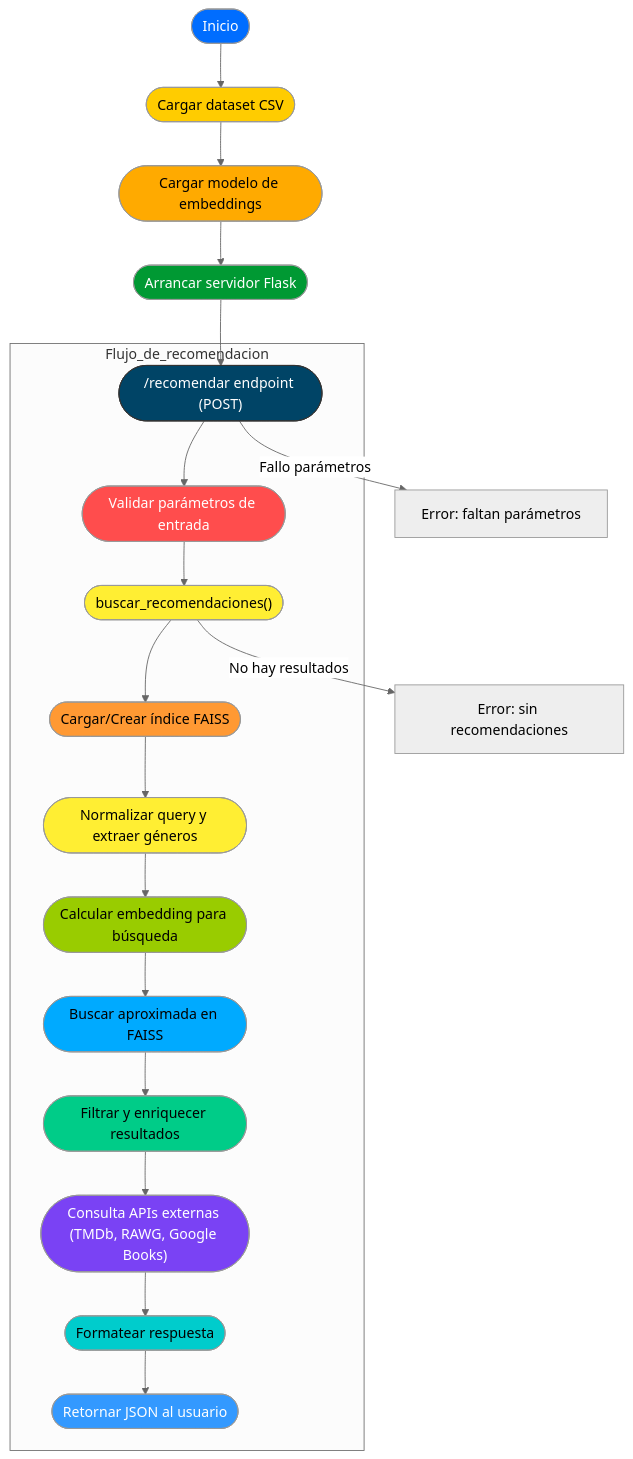
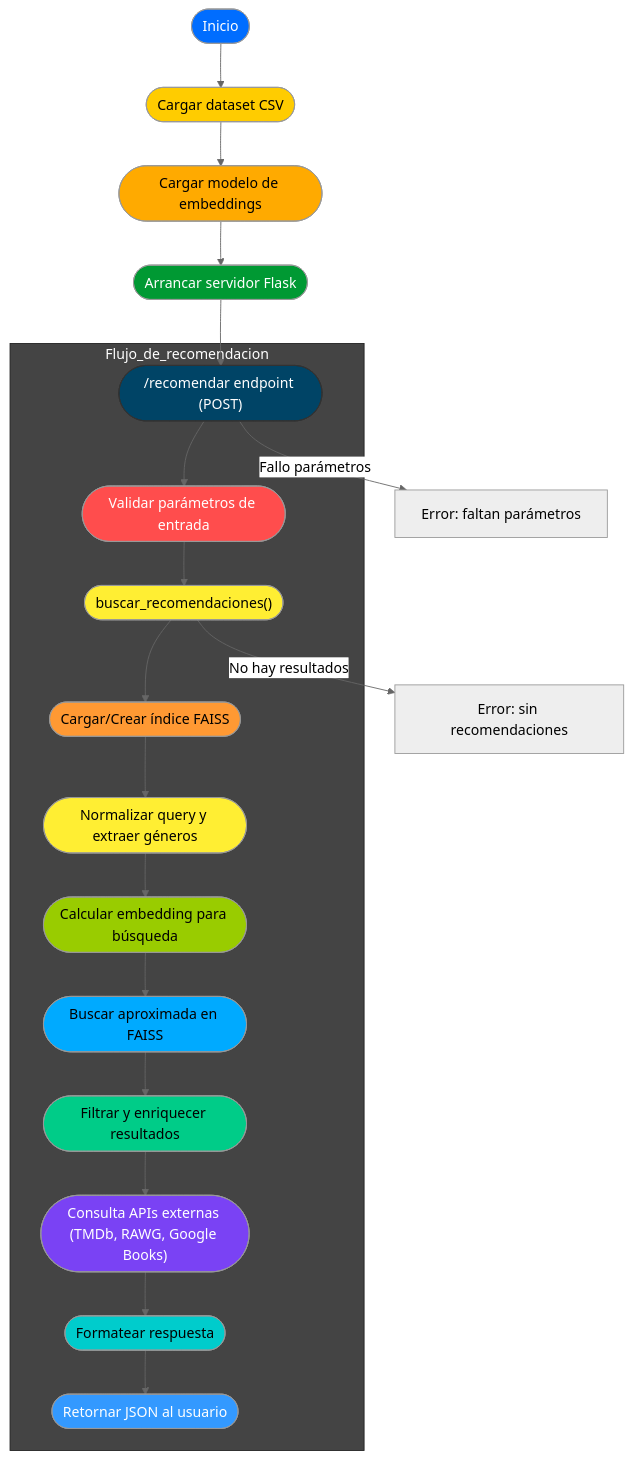
Before and after one commit to GerardoBlazquez/Sistema-de-Recomendaciones-Cruzadas: the diagram in README.md, drawn with Mermaid (neutral theme).

````diff
--- a/README.md
+++ b/README.md
@@ -45,47 +45,50 @@
 ```mermaid
 flowchart TD
     INICIO([Inicio])
     LOAD_DATASET(["Cargar dataset CSV"])
     LOAD_MODEL(["Cargar modelo de embeddings"])
     START_FLASK(["Arrancar servidor Flask"])
     RECOMENDAR_ENDPOINT(["/recomendar endpoint (POST)"])
 
     INICIO --> LOAD_DATASET
     LOAD_DATASET --> LOAD_MODEL
     LOAD_MODEL --> START_FLASK
     START_FLASK --> RECOMENDAR_ENDPOINT
 
     subgraph Flujo_de_recomendacion
         RECOMENDAR_ENDPOINT --> VALIDA_PARAMS(["Validar parámetros de entrada"])
         VALIDA_PARAMS --> BUSCA_RECOMENDACIONES(["buscar_recomendaciones()"])
         BUSCA_RECOMENDACIONES --> DATOS_INDEX(["Cargar/Crear índice FAISS"])
         DATOS_INDEX --> NORMALIZA_QUERY(["Normalizar query y extraer géneros"])
         NORMALIZA_QUERY --> CALC_EMBEDDING(["Calcular embedding para búsqueda"])
         CALC_EMBEDDING --> FAISS_SEARCH(["Buscar aproximada en FAISS"])
         FAISS_SEARCH --> FILTRA_RESULTADOS(["Filtrar y enriquecer resultados"])
         FILTRA_RESULTADOS --> EXTERNAL_API(["Consulta APIs externas (TMDb, RAWG, Google Books)"])
         EXTERNAL_API --> FORMATEA_RESPONSE(["Formatear respuesta"])
         FORMATEA_RESPONSE --> RETURN_JSON(["Retornar JSON al usuario"])
     end
 
     RECOMENDAR_ENDPOINT -->|Fallo parámetros| ERROR_PARAMS["Error: faltan parámetros"]
     BUSCA_RECOMENDACIONES -->|No hay resultados| ERROR_NO_RESULTS["Error: sin recomendaciones"]
 
     %% Estilos con más contraste
     style INICIO fill:#006dff,color:#ffffff
     style LOAD_DATASET fill:#ffcc00,color:#000000
     style LOAD_MODEL fill:#ffaa00,color:#000000
     style START_FLASK fill:#009933,color:#ffffff
     style RECOMENDAR_ENDPOINT fill:#004466,stroke:#333,color:#ffffff
 
     style VALIDA_PARAMS fill:#ff4d4d,color:#ffffff
     style BUSCA_RECOMENDACIONES fill:#ffee33,color:#000000
     style DATOS_INDEX fill:#ff9933,color:#000000
     style NORMALIZA_QUERY fill:#ffee33,color:#000000
     style CALC_EMBEDDING fill:#99cc00,color:#000000
     style FAISS_SEARCH fill:#00aaff,color:#000000
     style FILTRA_RESULTADOS fill:#00cc88,color:#000000
     style EXTERNAL_API fill:#7a42f4,color:#ffffff
     style FORMATEA_RESPONSE fill:#00cccc,color:#000000
     style RETURN_JSON fill:#3399ff,color:#ffffff
+
+    %% Color del subgrafo
+    style Flujo_de_recomendacion fill:#444444,stroke:#222222,color:#ffffff
 ```
````
